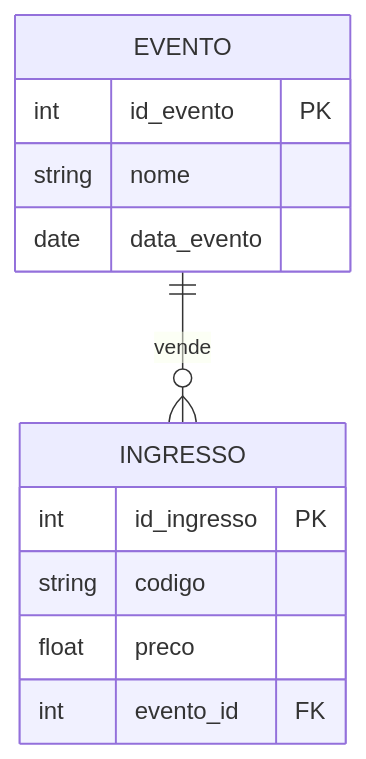
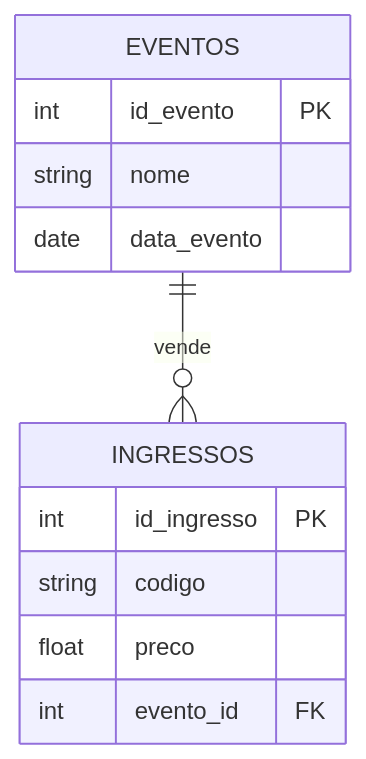
The fifth of 8 diagrams in docs/aulas/Aula_03_Gabarito.md (GTI-Fatec-Jahu/BDA-GTI-2026-2), drawn with Mermaid before and after one commit. The commit also changed other lines of this file and 5 other files, not shown here.

````diff
--- a/docs/aulas/Aula_03_Gabarito.md
+++ b/docs/aulas/Aula_03_Gabarito.md
@@ -168,15 +168,15 @@
 ```mermaid
 erDiagram
-    EVENTO {
+    EVENTOS {
         int id_evento PK
         string nome
         date data_evento
     }
-    INGRESSO {
+    INGRESSOS {
         int id_ingresso PK
         string codigo
         float preco
         int evento_id FK
     }
-    EVENTO ||--o{ INGRESSO : "vende"
+    EVENTOS ||--o{ INGRESSOS : "vende"
 ```
````
